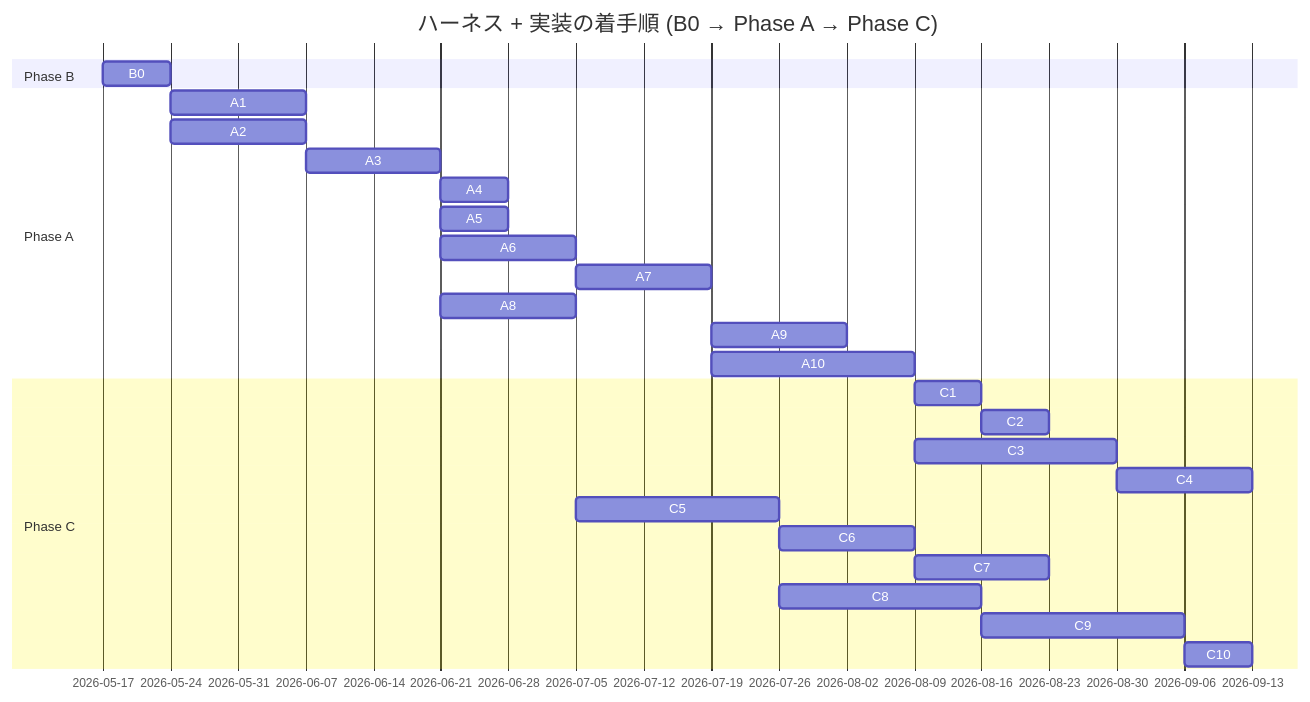
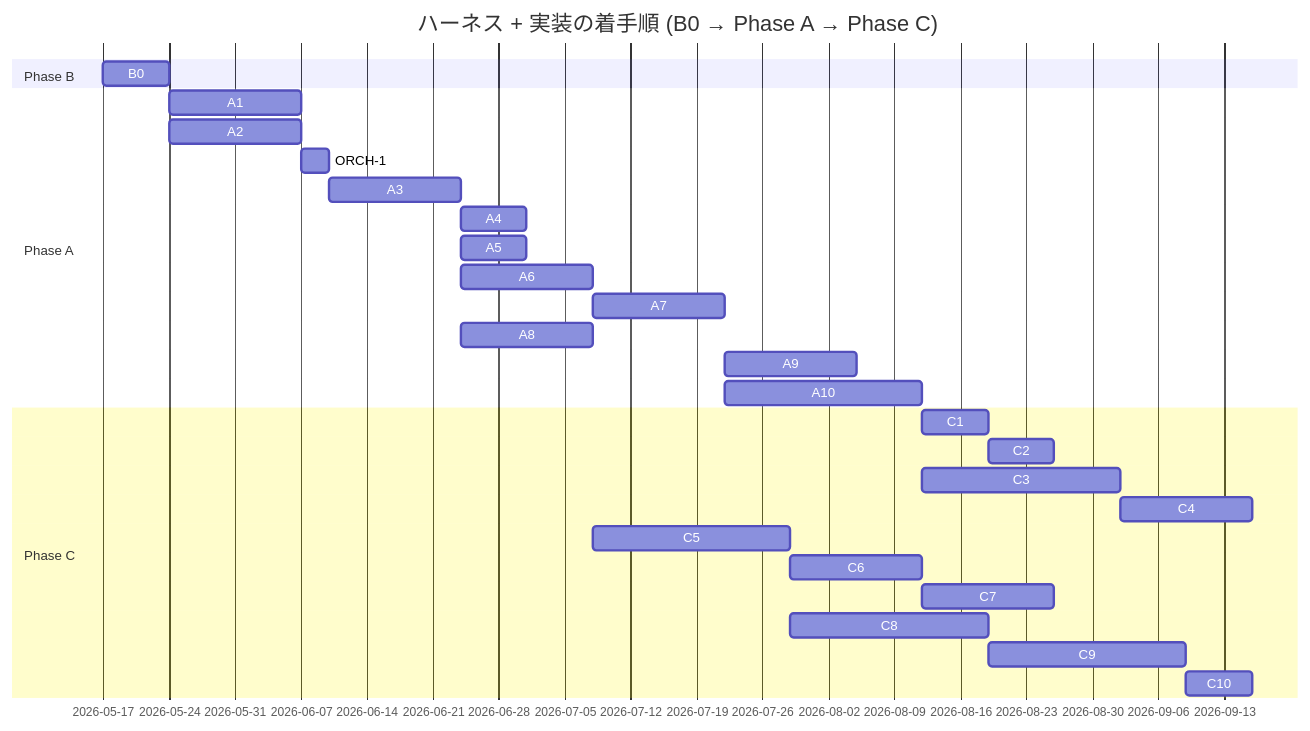
The diagram in docs/harness/roadmap.md (subroh0508/colormaster), drawn with Mermaid before and after one commit. The commit also changed 4 other files, not shown here.

````diff
--- a/docs/harness/roadmap.md
+++ b/docs/harness/roadmap.md
@@ -69,29 +69,30 @@
 ```mermaid
 gantt
     title ハーネス + 実装の着手順 (B0 → Phase A → Phase C)
     dateFormat YYYY-MM-DD
     section Phase B
     B0 :b0, 2026-05-17, 7d
     section Phase A
     A1 :a1, after b0, 14d
     A2 :a2, after b0, 14d
-    A3 :a3, after a1, 14d
+    ORCH-1 :orch1, after a2, 3d
+    A3 :a3, after orch1, 14d
     A4 :a4, after a3, 7d
     A5 :a5, after a3, 7d
     A6 :a6, after a3, 14d
     A7 :a7, after a6, 14d
     A8 :a8, after a3, 14d
     A9 :a9, after a7, 14d
     A10 :a10, after a7, 21d
     section Phase C
     C1 :c1, after a10, 7d
     C2 :c2, after c1, 7d
     C3 :c3, after a10, 21d
     C4 :c4, after c3, 14d
     C5 :c5, after a8, 21d
     C6 :c6, after c5, 14d
     C7 :c7, after c6, 14d
     C8 :c8, after c5, 21d
     C9 :c9, after c8, 21d
     C10 :c10, after c9, 7d
 ```
````
